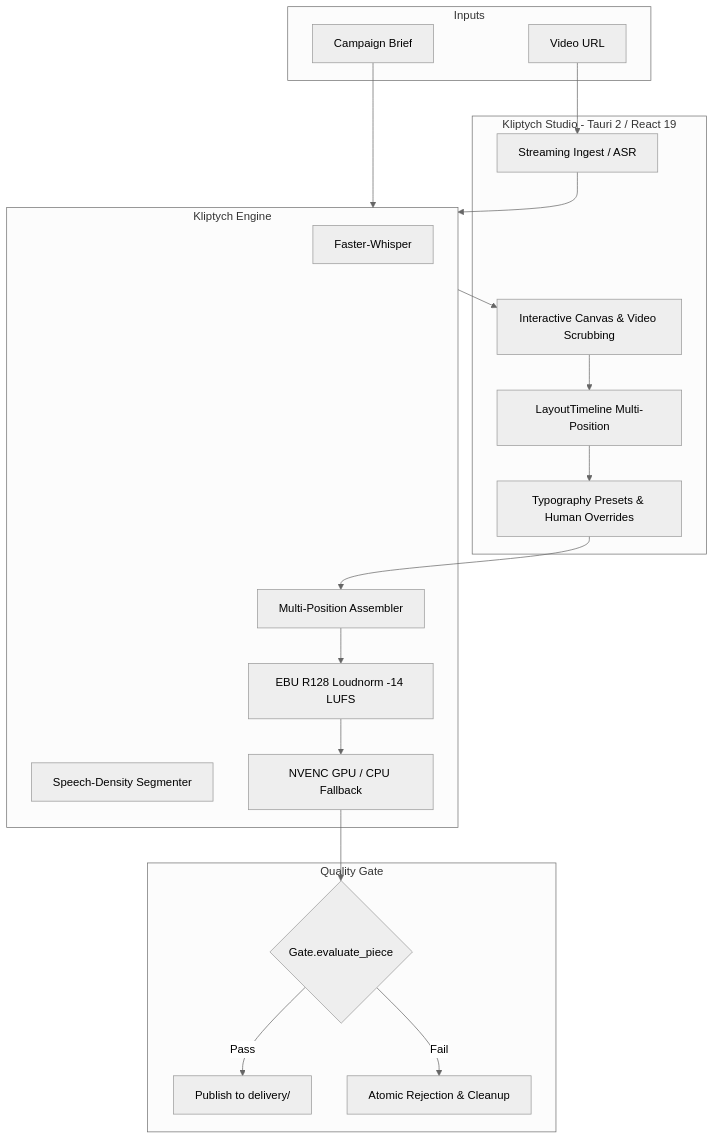
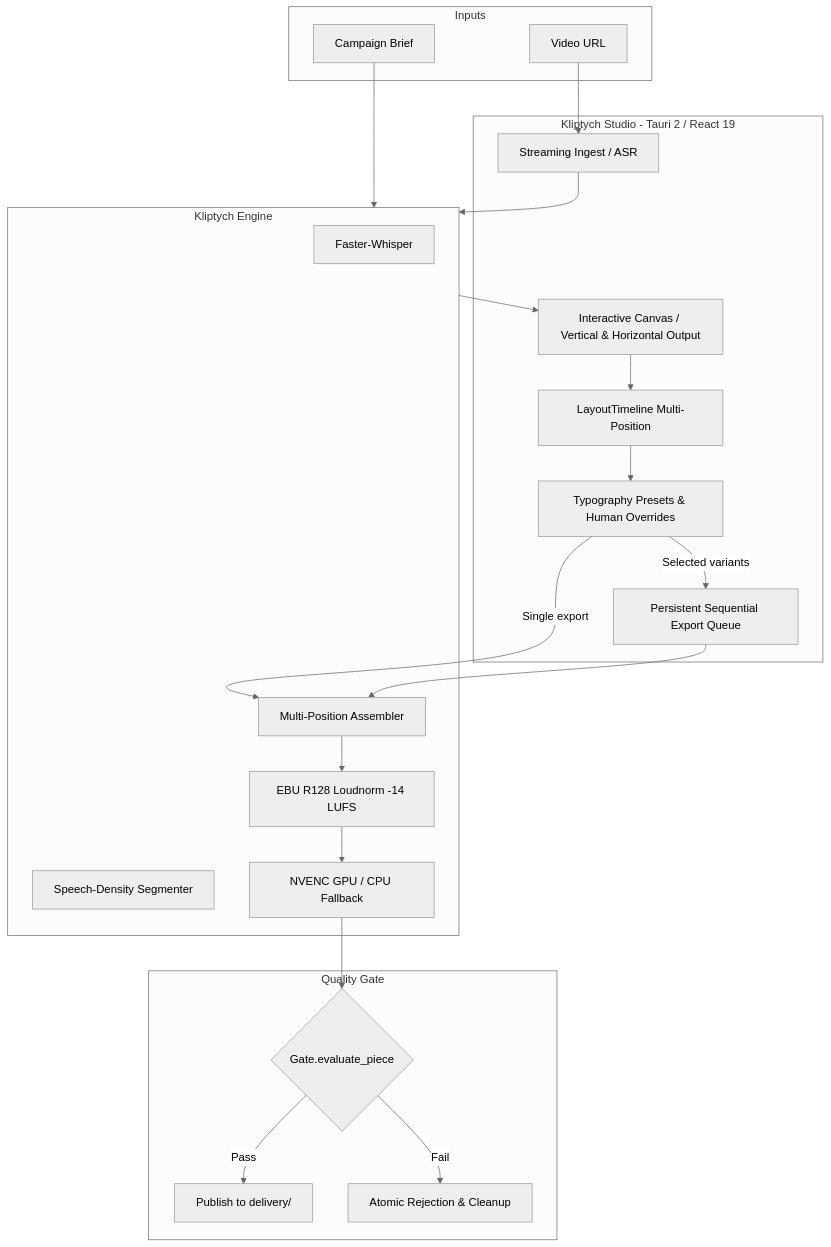
Before and after one commit to KevinGracianoL/kliptych: the diagram in README.md, drawn with Mermaid (neutral theme). The commit also changed other lines of this file, not shown here.

Commit message:
docs(readme): describe Studio queue and current limitations (#135)

````diff
--- a/README.md
+++ b/README.md
@@ -106,41 +155,44 @@
 ```mermaid
 flowchart TD
     subgraph Inputs
         URL[Video URL]
         Brief[Campaign Brief]
     end
 
     subgraph Studio[Kliptych Studio - Tauri 2 / React 19]
         Ingest[Streaming Ingest / ASR]
-        Canvas[Interactive Canvas & Video Scrubbing]
+        Canvas[Interactive Canvas / Vertical & Horizontal Output]
         Timeline[LayoutTimeline Multi-Position]
         Styles[Typography Presets & Human Overrides]
+        Queue[Persistent Sequential Export Queue]
     end
 
     subgraph Engine[Kliptych Engine]
         ASR[Faster-Whisper]
         Segmenter[Speech-Density Segmenter]
         Assembler[Multi-Position Assembler]
         Loudnorm[EBU R128 Loudnorm -14 LUFS]
         NVENC[NVENC GPU / CPU Fallback]
     end
 
     subgraph Verification[Quality Gate]
         Gate{Gate.evaluate_piece}
         Pass[Publish to delivery/]
         Fail[Atomic Rejection & Cleanup]
     end
 
     URL --> Ingest
     Brief --> Engine
     Ingest --> Engine
     Engine --> Canvas
     Canvas --> Timeline
     Timeline --> Styles
-    Styles --> Assembler
+    Styles -->|Single export| Assembler
+    Styles -->|Selected variants| Queue
+    Queue --> Assembler
     Assembler --> Loudnorm
     Loudnorm --> NVENC
     NVENC --> Gate
     Gate -->|Pass| Pass
     Gate -->|Fail| Fail
 ```
````
